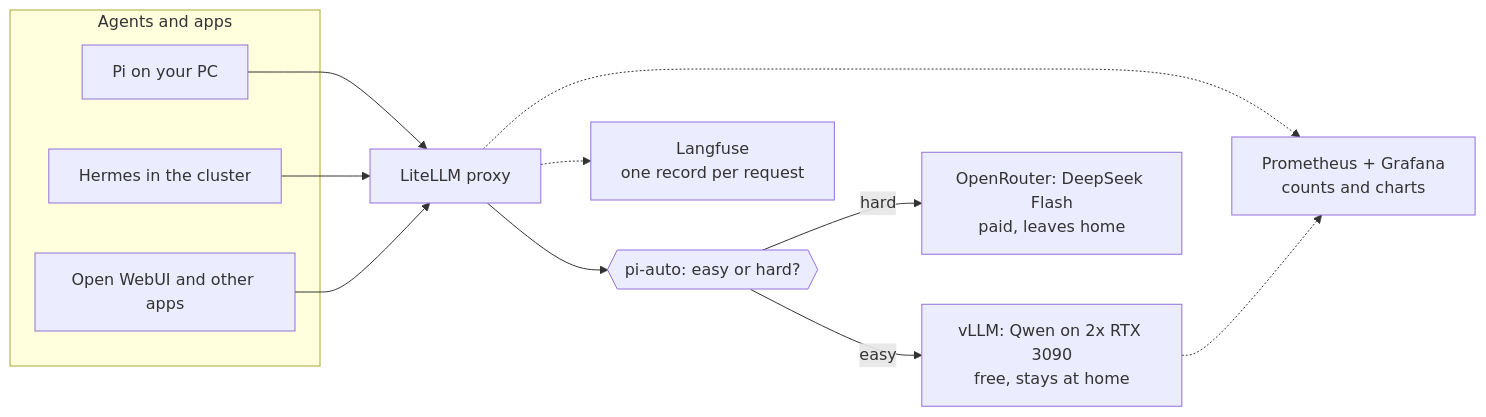
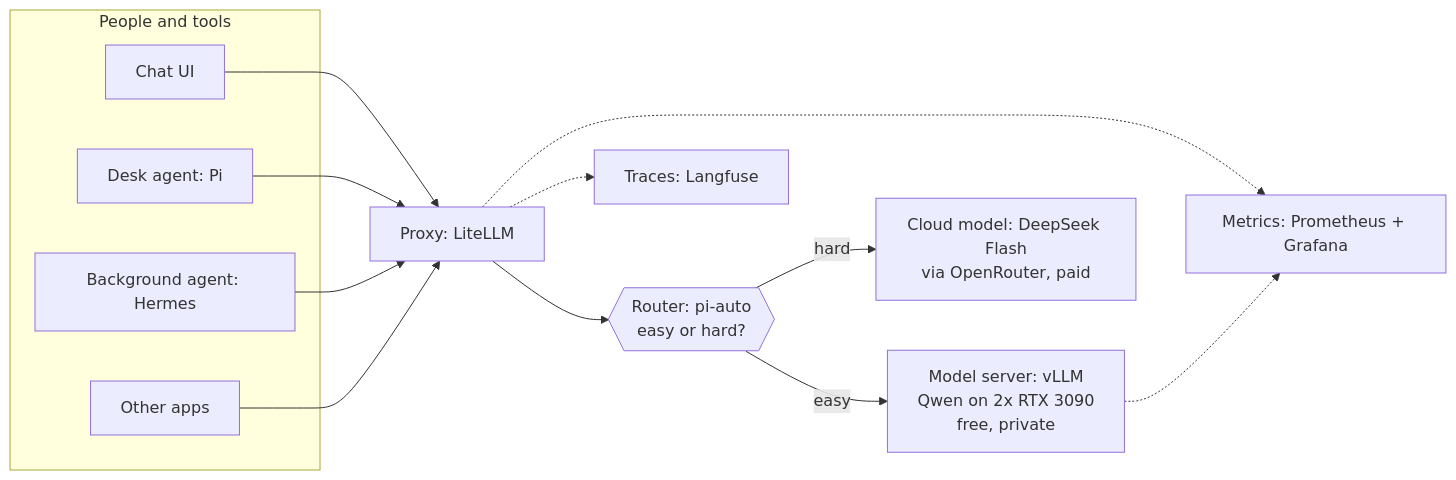
The diagram in docs/domains/ai-gpu/index.md (mitchross/talos-argocd-proxmox), drawn with Mermaid before and after one commit. The commit also changed other lines of this file and 10 other files, not shown here.

````diff
--- a/docs/domains/ai-gpu/index.md
+++ b/docs/domains/ai-gpu/index.md
@@ -21,23 +14,25 @@
 ```mermaid
 flowchart LR
-    subgraph Agents and apps
-        Pi[Pi on your PC]
-        Hermes[Hermes in the cluster]
-        Apps[Open WebUI and other apps]
+    subgraph People and tools
+        Chat[Chat UI]
+        Pi[Desk agent: Pi]
+        Hermes[Background agent: Hermes]
+        Apps[Other apps]
     end
-    LiteLLM[LiteLLM proxy]
-    Classifier{{pi-auto: easy or hard?}}
-    vLLM[vLLM: Qwen on 2x RTX 3090<br/>free, stays at home]
-    OR[OpenRouter: DeepSeek Flash<br/>paid, leaves home]
-    Prom[Prometheus + Grafana<br/>counts and charts]
-    LF[Langfuse<br/>one record per request]
-    Pi --> LiteLLM
-    Hermes --> LiteLLM
-    Apps --> LiteLLM
-    LiteLLM --> Classifier
-    Classifier -->|easy| vLLM
-    Classifier -->|hard| OR
-    LiteLLM -.-> Prom
-    LiteLLM -.-> LF
-    vLLM -.-> Prom
+    Proxy[Proxy: LiteLLM]
+    Router{{Router: pi-auto<br/>easy or hard?}}
+    Local[Model server: vLLM<br/>Qwen on 2x RTX 3090<br/>free, private]
+    Cloud[Cloud model: DeepSeek Flash<br/>via OpenRouter, paid]
+    Metrics[Metrics: Prometheus + Grafana]
+    Traces[Traces: Langfuse]
+    Chat --> Proxy
+    Pi --> Proxy
+    Hermes --> Proxy
+    Apps --> Proxy
+    Proxy --> Router
+    Router -->|easy| Local
+    Router -->|hard| Cloud
+    Proxy -.-> Metrics
+    Proxy -.-> Traces
+    Local -.-> Metrics
 ```
````
